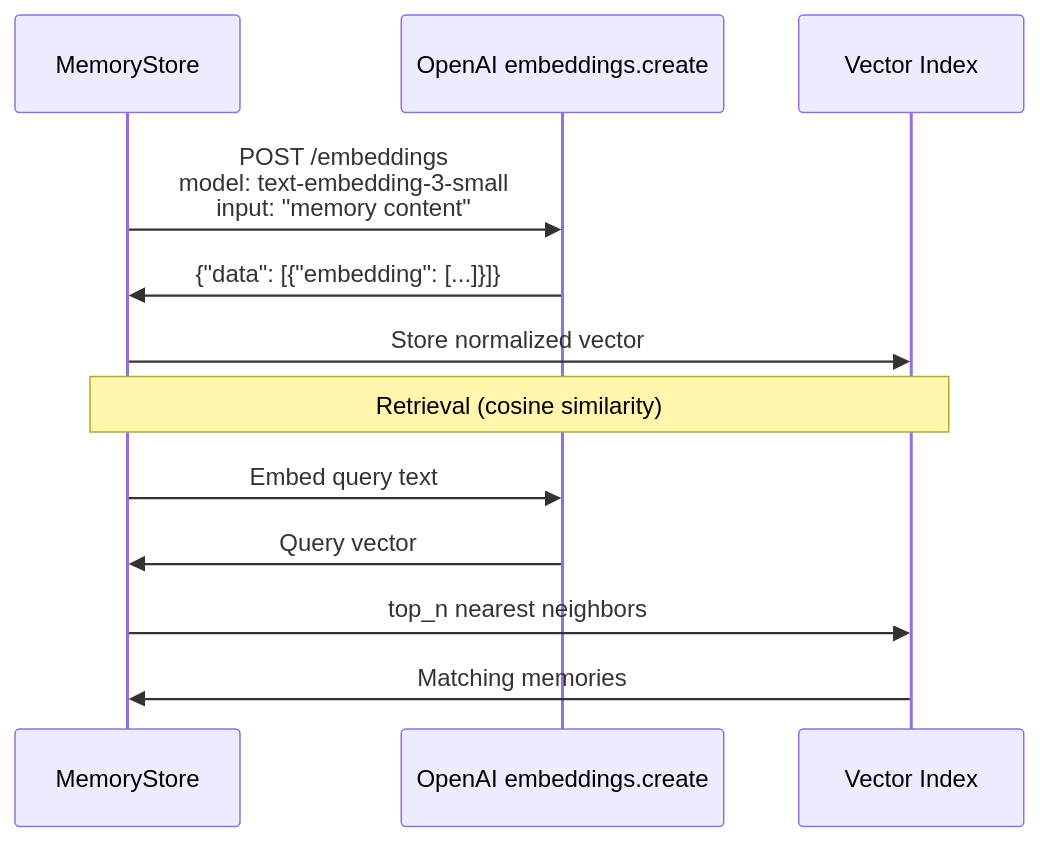
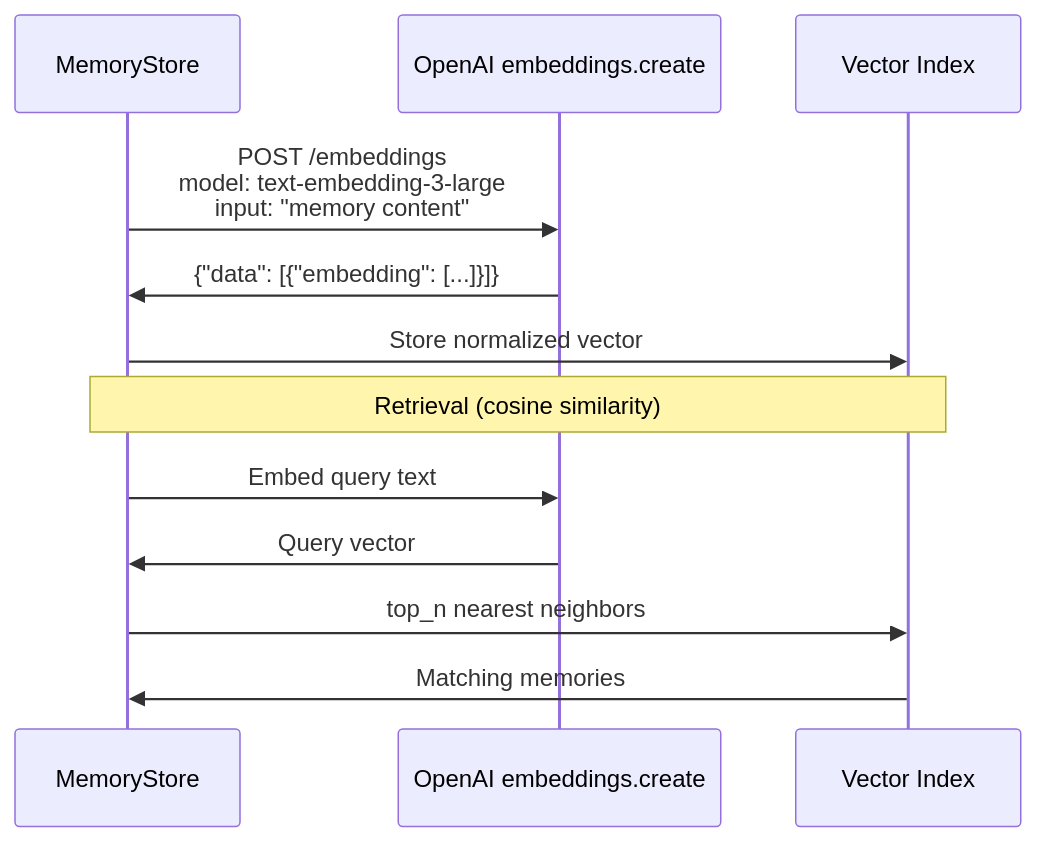
Before and after one commit to SeEngel/pi_rc_bot: diagram 22 of 23 in README.md, drawn with Mermaid. The commit also changed other lines of this file and 1 other file, not shown here.

Commit message:
feat: add copilot instructions and update README for low-latency streaming and model changes

````diff
--- a/README.md
+++ b/README.md
@@ -768,16 +776,16 @@
 ```mermaid
 sequenceDiagram
     participant M as MemoryStore
     participant API as OpenAI embeddings.create
     participant IDX as Vector Index
 
-    M->>API: POST /embeddings<br/>model: text-embedding-3-small<br/>input: "memory content"
+    M->>API: POST /embeddings<br/>model: text-embedding-3-large<br/>input: "memory content"
     API->>M: {"data": [{"embedding": [...]}]}
     M->>IDX: Store normalized vector
     
     Note over M,IDX: Retrieval (cosine similarity)
     M->>API: Embed query text
     API->>M: Query vector
     M->>IDX: top_n nearest neighbors
     IDX->>M: Matching memories
 ```
````
